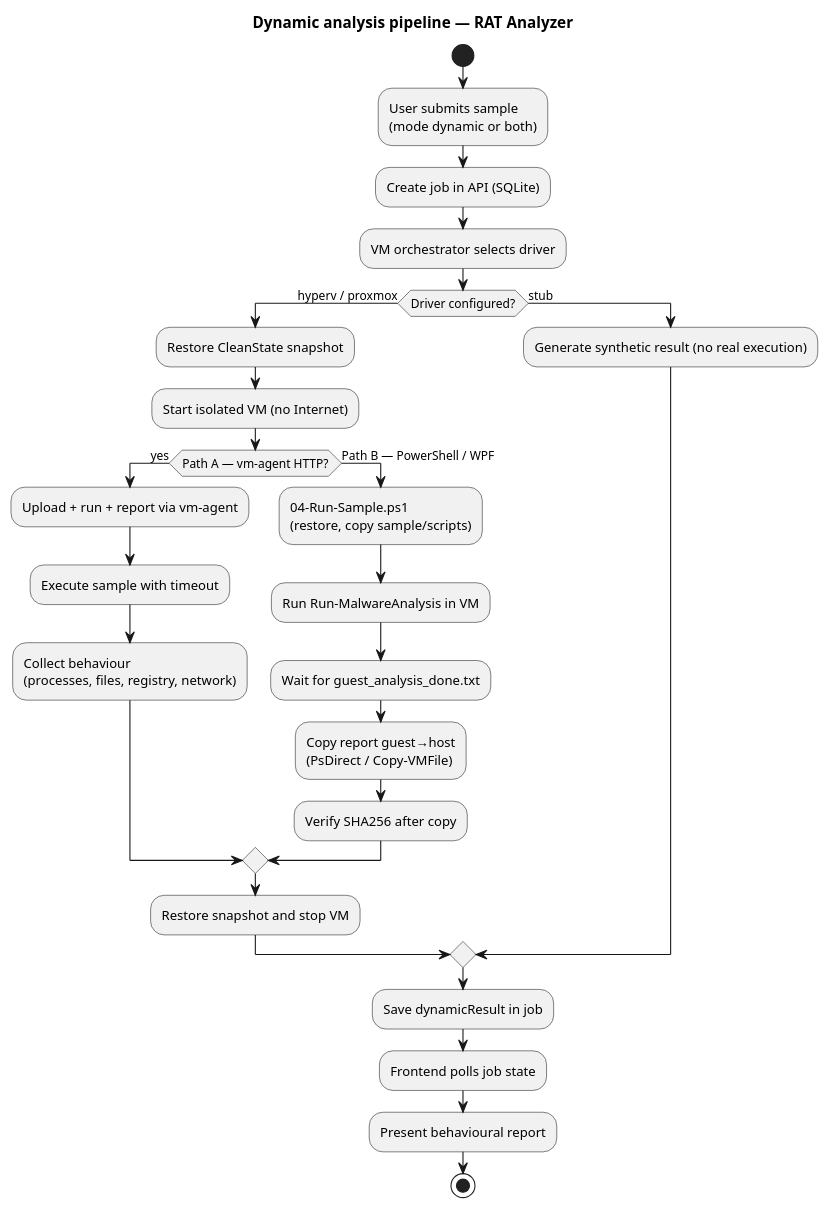
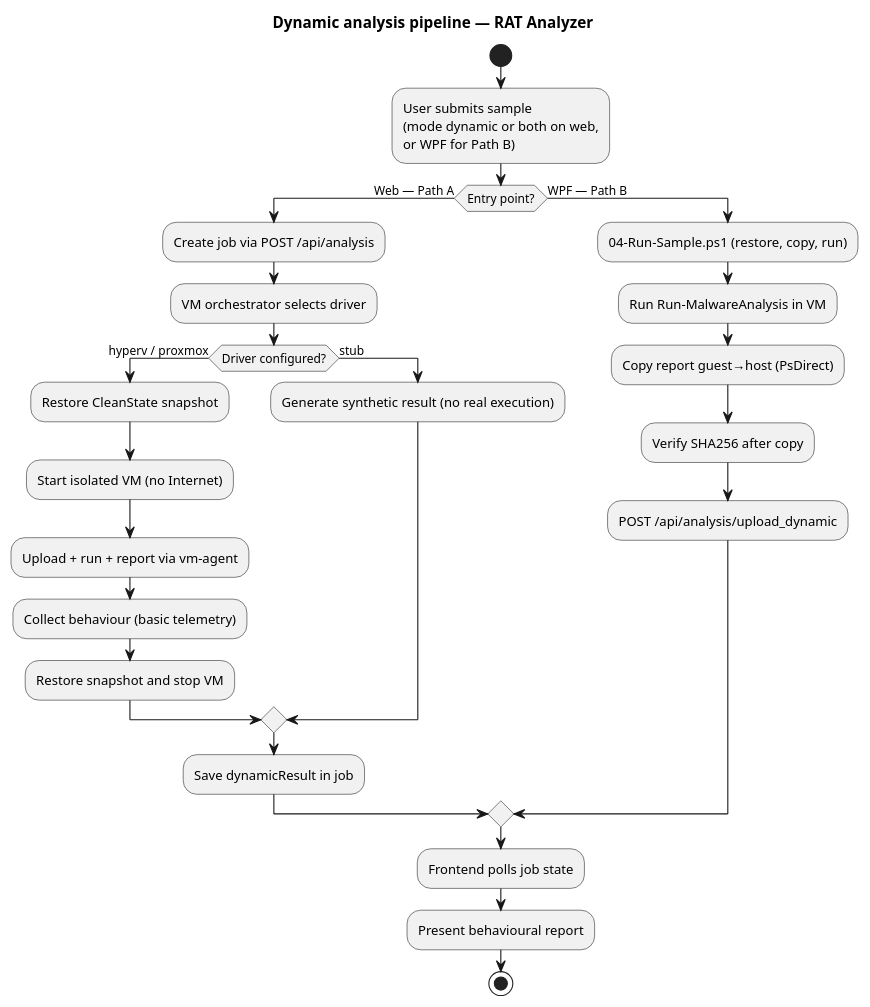
The diagram in docs/diagrams/analysis-activity-dynamic.puml (tlxp/PROJETO), drawn with PlantUML before and after one commit. The commit also changed 39 other files, not shown here.

```diff
--- a/docs/diagrams/analysis-activity-dynamic.puml
+++ b/docs/diagrams/analysis-activity-dynamic.puml
@@ -2,35 +2,32 @@
 @startuml
 title Dynamic analysis pipeline — RAT Analyzer
 
 start
-:User submits sample\n(mode dynamic or both);
-:Create job in API (SQLite);
-:VM orchestrator selects driver;
+:User submits sample\n(mode dynamic or both on web,\nor WPF for Path B);
 
-if (Driver configured?) then (hyperv / proxmox)
-  :Restore CleanState snapshot;
-  :Start isolated VM (no Internet);
-  ' *Path A: HTTP vm-agent; Path B: PowerShell/WPF scripts*
-  if (Path A — vm-agent HTTP?) then (yes)
+if (Entry point?) then (Web — Path A)
+  :Create job via POST /api/analysis;
+  :VM orchestrator selects driver;
+  if (Driver configured?) then (hyperv / proxmox)
+    :Restore CleanState snapshot;
+    :Start isolated VM (no Internet);
     :Upload + run + report via vm-agent;
-    :Execute sample with timeout;
-    :Collect behaviour\n(processes, files, registry, network);
-  else (Path B — PowerShell / WPF)
-    :04-Run-Sample.ps1\n(restore, copy sample/scripts);
-    :Run Run-MalwareAnalysis in VM;
-    :Wait for guest_analysis_done.txt;
-    :Copy report guest→host\n(PsDirect / Copy-VMFile);
-    :Verify SHA256 after copy;
+    :Collect behaviour (basic telemetry);
+    :Restore snapshot and stop VM;
+  else (stub)
+    :Generate synthetic result (no real execution);
   endif
-  :Restore snapshot and stop VM;
-else (stub)
-  ' *Stub driver: synthetic result without real execution*
-  :Generate synthetic result (no real execution);
+  :Save dynamicResult in job;
+else (WPF — Path B)
+  :04-Run-Sample.ps1 (restore, copy, run);
+  :Run Run-MalwareAnalysis in VM;
+  :Copy report guest→host (PsDirect);
+  :Verify SHA256 after copy;
+  :POST /api/analysis/upload_dynamic;
 endif
 
-:Save dynamicResult in job;
 :Frontend polls job state;
 :Present behavioural report;
 stop
 
 @enduml
```
